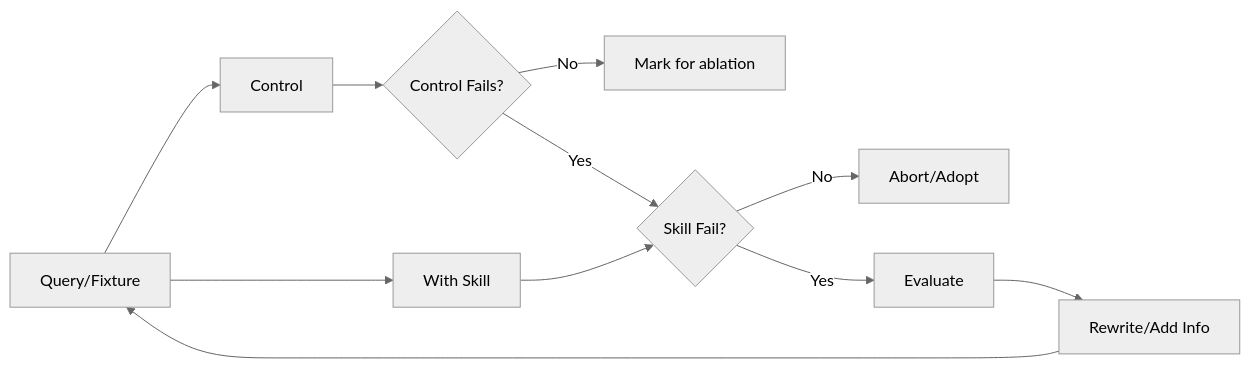
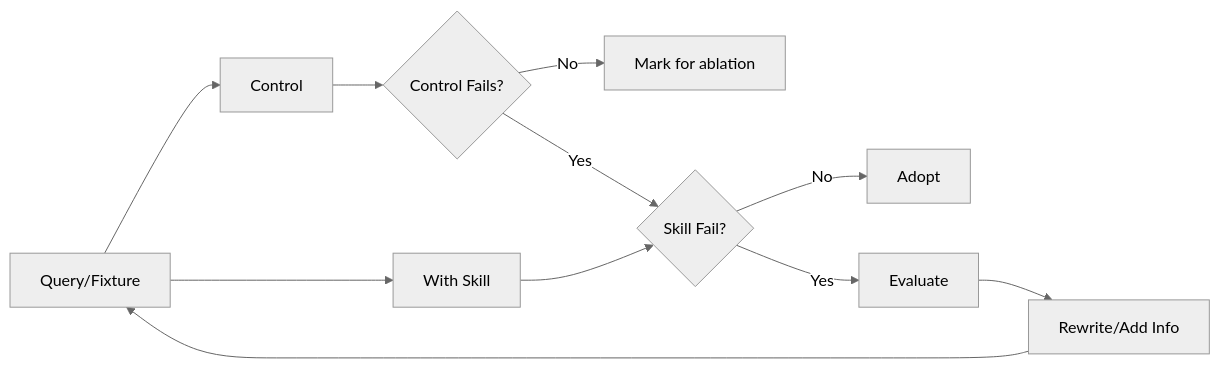
The second of 4 diagrams in docs/writing-skills/part-3/README.md (dczmer/dangerpowers), drawn with Mermaid (neutral theme) before and after one commit. The commit also changed other lines of this file, not shown here.

````diff
--- a/docs/writing-skills/part-3/README.md
+++ b/docs/writing-skills/part-3/README.md
@@ -127,13 +142,13 @@
 ```mermaid
 flowchart LR
     Q[Query/Fixture] --> C[Control]
     Q --> SKILL[With Skill]
     C --> CF{Control Fails?}
     CF -->|No| ABLATION[Mark for ablation]
     CF -->|Yes| FAIL{Skill Fail?}
     SKILL --> FAIL
-    FAIL -->|No| ABORT[Abort/Adopt]
+    FAIL -->|No| ADOPT[Adopt]
     FAIL -->|Yes| EVAL[Evaluate]
     EVAL --> EDIT[Rewrite/Add Info]
     EDIT --> Q
 ```
````
